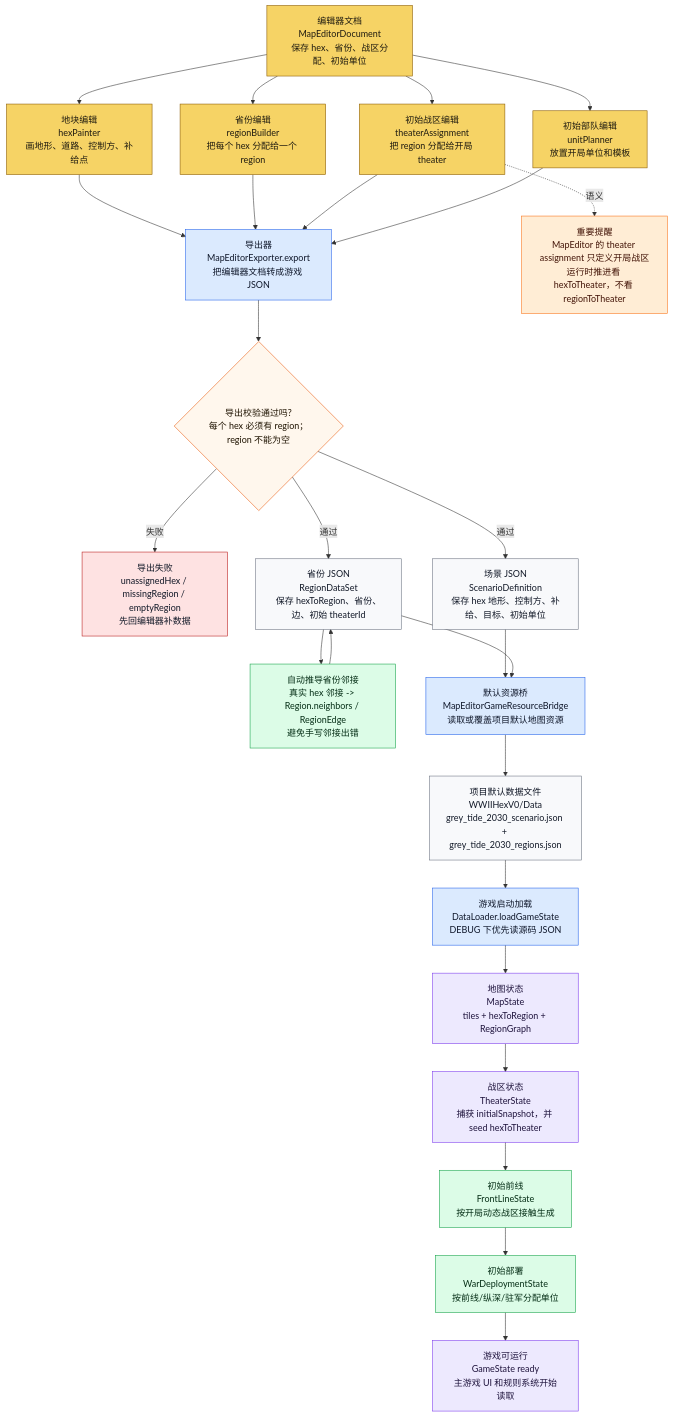
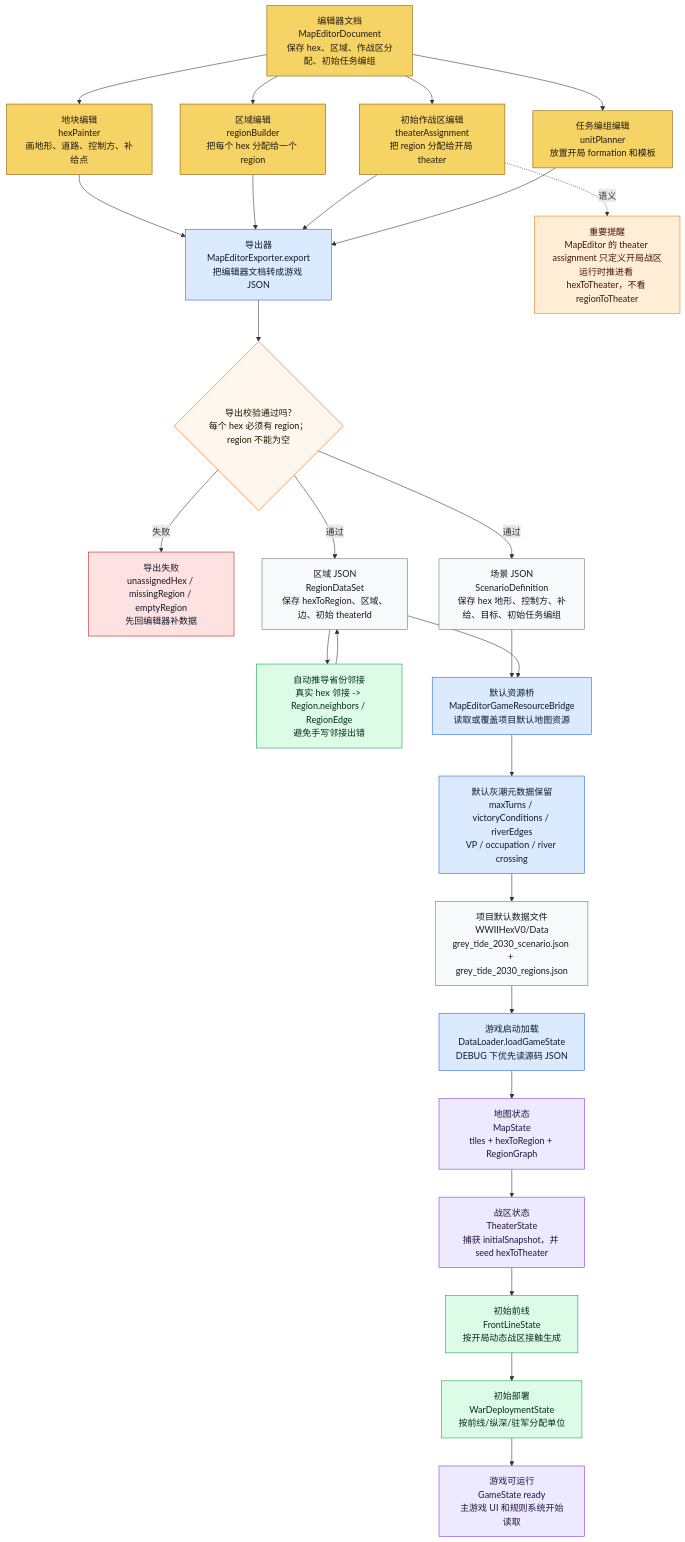
Diagram 17 of 20 in md/flow/flowchart.md (Altman-sam114/127), drawn with Mermaid before and after one commit. The commit also changed other lines of this file and 43 other files, not shown here.

````diff
--- a/md/flow/flowchart.md
+++ b/md/flow/flowchart.md
@@ -638,48 +643,49 @@
 ```mermaid
 flowchart TD
-    DOC["编辑器文档<br/>MapEditorDocument<br/>保存 hex、省份、战区分配、初始单位"]:::editor
+    DOC["编辑器文档<br/>MapEditorDocument<br/>保存 hex、区域、作战区分配、初始任务编组"]:::editor
     MODE1["地块编辑<br/>hexPainter<br/>画地形、道路、控制方、补给点"]:::editor
-    MODE2["省份编辑<br/>regionBuilder<br/>把每个 hex 分配给一个 region"]:::editor
-    MODE3["初始战区编辑<br/>theaterAssignment<br/>把 region 分配给开局 theater"]:::editor
-    MODE4["初始部队编辑<br/>unitPlanner<br/>放置开局单位和模板"]:::editor
+    MODE2["区域编辑<br/>regionBuilder<br/>把每个 hex 分配给一个 region"]:::editor
+    MODE3["初始作战区编辑<br/>theaterAssignment<br/>把 region 分配给开局 theater"]:::editor
+    MODE4["任务编组编辑<br/>unitPlanner<br/>放置开局 formation 和模板"]:::editor
     EXPORT["导出器<br/>MapEditorExporter.export<br/>把编辑器文档转成游戏 JSON"]:::loader
     CHECK{"导出校验通过吗?<br/>每个 hex 必须有 region；region 不能为空"}:::decision
     ERR["导出失败<br/>unassignedHex / missingRegion / emptyRegion<br/>先回编辑器补数据"]:::stop
-    SCEN["场景 JSON<br/>ScenarioDefinition<br/>保存 hex 地形、控制方、补给、目标、初始单位"]:::data
-    REG["省份 JSON<br/>RegionDataSet<br/>保存 hexToRegion、省份、边、初始 theaterId"]:::data
+    SCEN["场景 JSON<br/>ScenarioDefinition<br/>保存 hex 地形、控制方、补给、目标、初始任务编组"]:::data
+    REG["区域 JSON<br/>RegionDataSet<br/>保存 hexToRegion、区域、边、初始 theaterId"]:::data
     NEI["自动推导省份邻接<br/>真实 hex 邻接 -> Region.neighbors / RegionEdge<br/>避免手写邻接出错"]:::derived
     BRIDGE["默认资源桥<br/>MapEditorGameResourceBridge<br/>读取或覆盖项目默认地图资源"]:::loader
+    PRESERVE["默认灰潮元数据保留<br/>maxTurns / victoryConditions / riverEdges<br/>VP / occupation / river crossing"]:::loader
     FILES["项目默认数据文件<br/>WWIIHexV0/Data<br/>grey_tide_2030_scenario.json + grey_tide_2030_regions.json"]:::data
     LOAD["游戏启动加载<br/>DataLoader.loadGameState<br/>DEBUG 下优先读源码 JSON"]:::loader
     MAP["地图状态<br/>MapState<br/>tiles + hexToRegion + RegionGraph"]:::state
     THEATER["战区状态<br/>TheaterState<br/>捕获 initialSnapshot，并 seed hexToTheater"]:::state
     FRONT["初始前线<br/>FrontLineState<br/>按开局动态战区接触生成"]:::derived
     DEPLOY["初始部署<br/>WarDeploymentState<br/>按前线/纵深/驻军分配单位"]:::derived
     GAME["游戏可运行<br/>GameState ready<br/>主游戏 UI 和规则系统开始读取"]:::state
 
     DOC --> MODE1 --> EXPORT
     DOC --> MODE2 --> EXPORT
     DOC --> MODE3 --> EXPORT
     DOC --> MODE4 --> EXPORT
     EXPORT --> CHECK
     CHECK -->|失败| ERR
     CHECK -->|通过| SCEN
     CHECK -->|通过| REG
     REG --> NEI --> REG
     SCEN --> BRIDGE
     REG --> BRIDGE
-    BRIDGE --> FILES
+    BRIDGE --> PRESERVE --> FILES
     FILES --> LOAD --> MAP --> THEATER --> FRONT --> DEPLOY --> GAME
 
     NOTE["重要提醒<br/>MapEditor 的 theater assignment 只定义开局战区<br/>运行时推进看 hexToTheater，不看 regionToTheater"]:::warn
     MODE3 -.语义.-> NOTE
 
     classDef editor fill:#f6d365,stroke:#8a5a00,color:#1f1b10
     classDef loader fill:#dbeafe,stroke:#2563eb,color:#0f172a
     classDef decision fill:#fff7ed,stroke:#ea580c,color:#1f1300
     classDef stop fill:#fee2e2,stroke:#b91c1c,color:#111827
     classDef data fill:#f8f9fb,stroke:#6b7280,color:#111827
     classDef derived fill:#dcfce7,stroke:#16a34a,color:#052e16
     classDef state fill:#ede9fe,stroke:#7c3aed,color:#1f143d
     classDef warn fill:#ffedd5,stroke:#f97316,color:#431407
 ```
````
